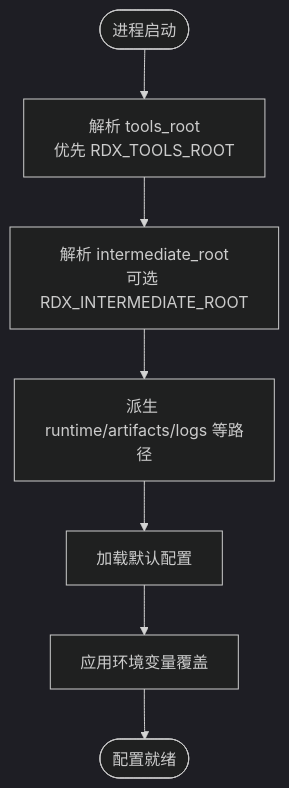
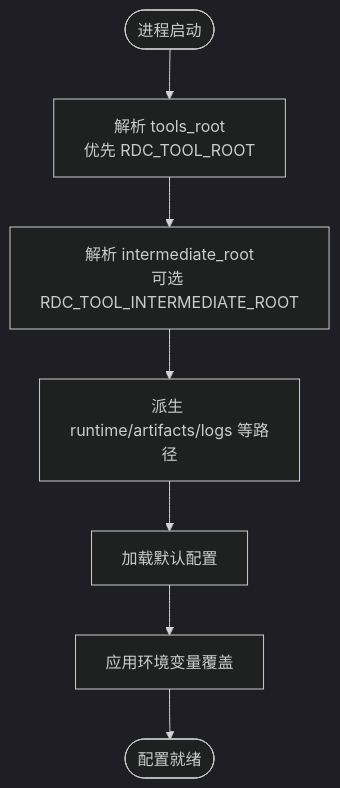
One commit to haolange/RDC-Tool changed the third of 6 diagrams in .qoder/repowiki/zh/content/高级主题/高级配置.md. Above: the diagram before and after it, drawn with Mermaid (dark theme). The commit also changed other lines of this file and 388 other files, not shown here.

First line of the commit message:
Release RDC-Tool identity and public maintenance surface

````diff
--- a/.qoder/repowiki/zh/content/高级主题/高级配置.md
+++ b/.qoder/repowiki/zh/content/高级主题/高级配置.md
@@ -118,9 +118,9 @@
 ```mermaid
 flowchart TD
-Start(["进程启动"]) --> Root["解析 tools_root<br/>优先 RDX_TOOLS_ROOT"]
-Root --> Intermediate["解析 intermediate_root<br/>可选 RDX_INTERMEDIATE_ROOT"]
+Start(["进程启动"]) --> Root["解析 tools_root<br/>优先 RDC_TOOL_ROOT"]
+Root --> Intermediate["解析 intermediate_root<br/>可选 RDC_TOOL_INTERMEDIATE_ROOT"]
 Intermediate --> Paths["派生 runtime/artifacts/logs 等路径"]
 Paths --> Config["加载默认配置"]
 Config --> Env["应用环境变量覆盖"]
 Env --> Ready(["配置就绪"])
 ```
````
